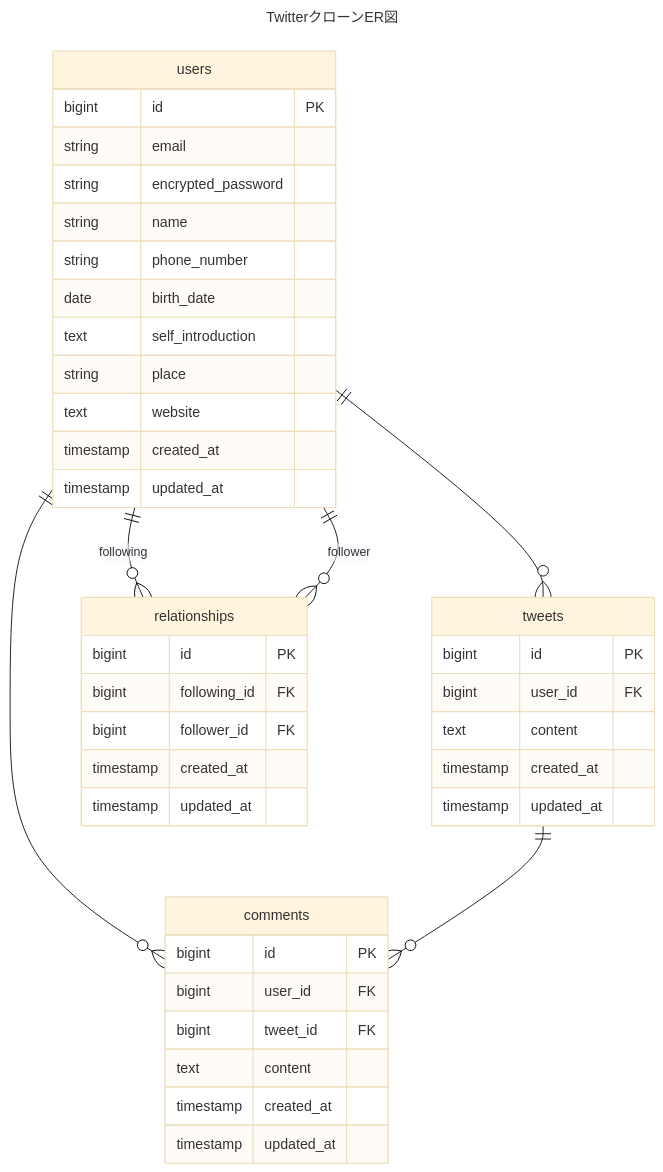
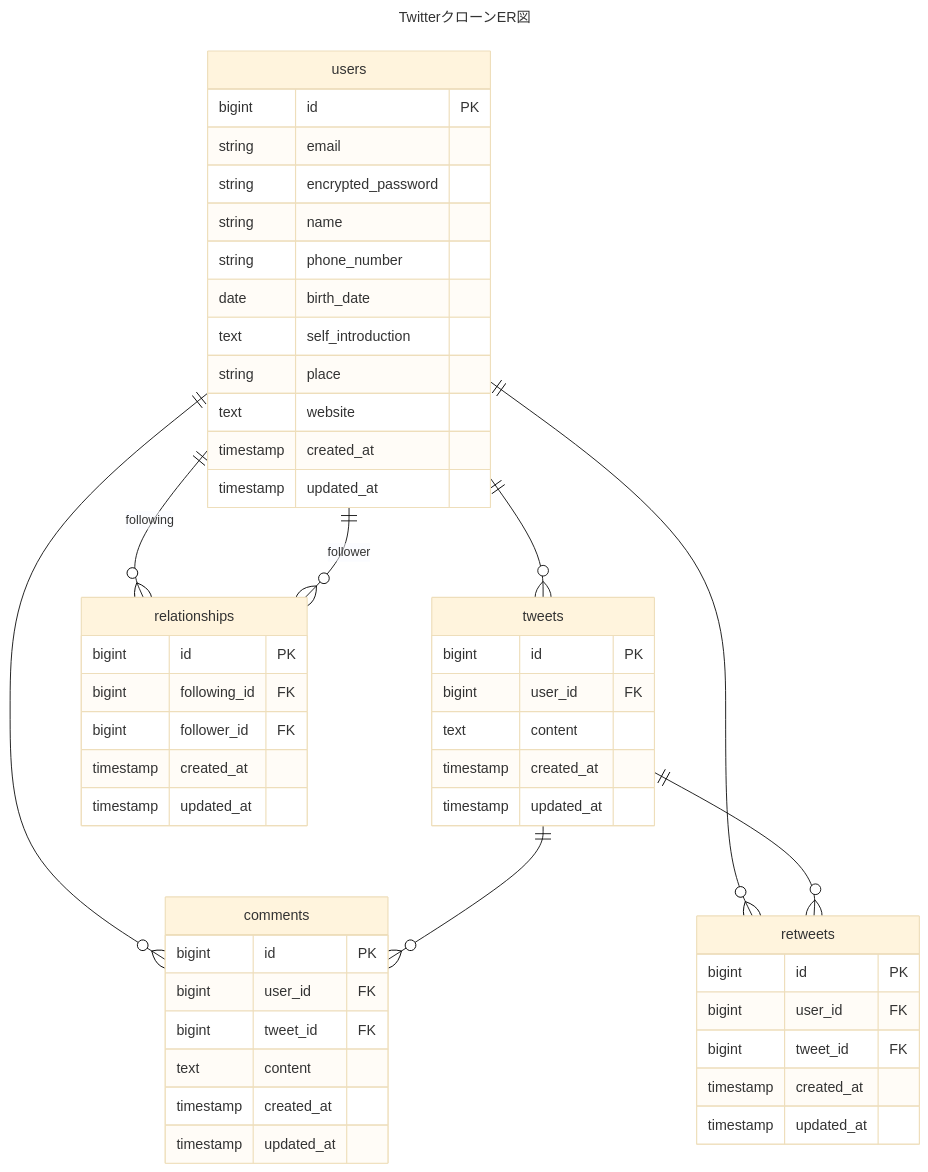
Before and after one commit to jin-hatanaka/twitter_clone: the diagram in README.md, drawn with Mermaid (base theme).

````diff
--- a/README.md
+++ b/README.md
@@ -28,50 +28,60 @@
 ```mermaid
 ---
 title: "TwitterクローンER図"
 ---
 erDiagram
     users ||--o{ tweets : ""
     users ||--o{ relationships : "following"
     users ||--o{ relationships : "follower"
     users ||--o{ comments : ""
     tweets ||--o{ comments : ""
+    users ||--o{ retweets : ""
+    tweets ||--o{ retweets : ""
 
     users {
         bigint id PK
         string email
         string encrypted_password
         string name
         string phone_number
         date birth_date
         text self_introduction
         string place
         text website
         timestamp created_at
         timestamp updated_at
     }
 
     tweets {
         bigint id PK
         bigint user_id FK
         text content
         timestamp created_at
         timestamp updated_at
     }
 
     relationships {
         bigint id PK
         bigint following_id FK
         bigint follower_id FK
         timestamp created_at
         timestamp updated_at
     }
 
     comments {
         bigint id PK
         bigint user_id FK
         bigint tweet_id FK
         text content
         timestamp created_at
         timestamp updated_at
     }
+
+    retweets {
+        bigint id PK
+        bigint user_id FK
+        bigint tweet_id FK
+        timestamp created_at
+        timestamp updated_at
+}
 ```
````
